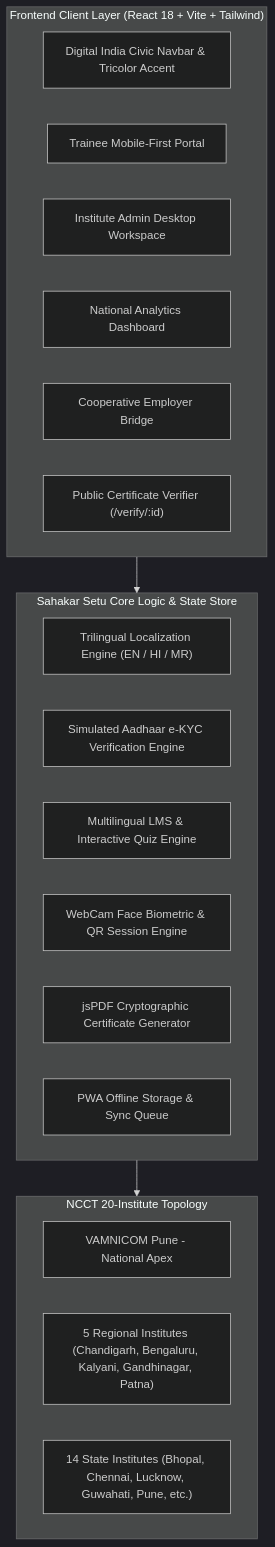
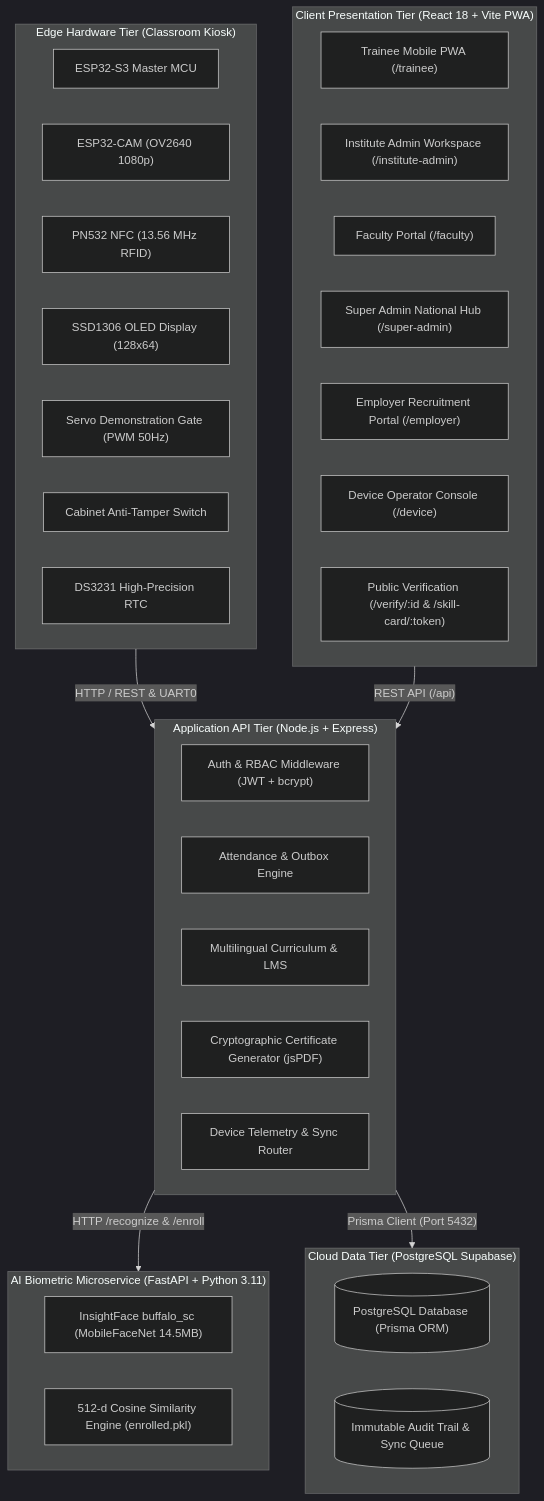
The diagram in README.md (Karthikeyancse-coder/sahakar-setu), drawn with Mermaid (dark theme) before and after one commit. The commit also changed other lines of this file, not shown here.

Commit message:
docs: update README.md with comprehensive 6-role architecture, hardware kiosk specs, AI microservice details, and local development instructions

````diff
--- a/README.md
+++ b/README.md
@@ -52,29 +63,45 @@
 ```mermaid
 flowchart TD
-    subgraph ClientLayer ["Frontend Client Layer (React 18 + Vite + Tailwind)"]
-        Nav["Digital India Civic Navbar & Tricolor Accent"]
-        TraineeUI["Trainee Mobile-First Portal"]
-        AdminUI["Institute Admin Desktop Workspace"]
-        SuperUI["National Analytics Dashboard"]
-        RecruiterUI["Cooperative Employer Bridge"]
-        PublicVerify["Public Certificate Verifier (/verify/:id)"]
+    subgraph EdgeLayer ["Edge Hardware Tier (Classroom Kiosk)"]
+        ESP32["ESP32-S3 Master MCU"]
+        CAM["ESP32-CAM (OV2640 1080p)"]
+        NFC["PN532 NFC (13.56 MHz RFID)"]
+        OLED["SSD1306 OLED Display (128x64)"]
+        SERVO["Servo Demonstration Gate (PWM 50Hz)"]
+        TAMPER["Cabinet Anti-Tamper Switch"]
+        RTC["DS3231 High-Precision RTC"]
     end
 
-    subgraph CoreEngine ["Sahakar Setu Core Logic & State Store"]
-        I18n["Trilingual Localization Engine (EN / HI / MR)"]
-        AuthKYC["Simulated Aadhaar e-KYC Verification Engine"]
-        LMS["Multilingual LMS & Interactive Quiz Engine"]
-        KioskEngine["WebCam Face Biometric & QR Session Engine"]
-        CertEngine["jsPDF Cryptographic Certificate Generator"]
-        OfflineEngine["PWA Offline Storage & Sync Queue"]
+    subgraph ClientLayer ["Client Presentation Tier (React 18 + Vite PWA)"]
+        TraineePortal["Trainee Mobile PWA (/trainee)"]
+        AdminPortal["Institute Admin Workspace (/institute-admin)"]
+        FacultyPortal["Faculty Portal (/faculty)"]
+        SuperPortal["Super Admin National Hub (/super-admin)"]
+        EmployerPortal["Employer Recruitment Portal (/employer)"]
+        DevicePortal["Device Operator Console (/device)"]
+        PublicVerify["Public Verification (/verify/:id & /skill-card/:token)"]
     end
 
-    subgraph FederatedNetwork ["NCCT 20-Institute Topology"]
-        VAMNICOM["VAMNICOM Pune - National Apex"]
-        RICMs["5 Regional Institutes (Chandigarh, Bengaluru, Kalyani, Gandhinagar, Patna)"]
-        ICMs["14 State Institutes (Bhopal, Chennai, Lucknow, Guwahati, Pune, etc.)"]
+    subgraph BackendLayer ["Application API Tier (Node.js + Express)"]
+        AuthSvc["Auth & RBAC Middleware (JWT + bcrypt)"]
+        AttendanceSvc["Attendance & Outbox Engine"]
+        CurriculumSvc["Multilingual Curriculum & LMS"]
+        CertSvc["Cryptographic Certificate Generator (jsPDF)"]
+        DeviceSvc["Device Telemetry & Sync Router"]
     end
 
-    ClientLayer --> CoreEngine
-    CoreEngine --> FederatedNetwork
+    subgraph AIService ["AI Biometric Microservice (FastAPI + Python 3.11)"]
+        ArcFace["InsightFace buffalo_sc (MobileFaceNet 14.5MB)"]
+        VectorDB["512-d Cosine Similarity Engine (enrolled.pkl)"]
+    end
+
+    subgraph DataTier ["Cloud Data Tier (PostgreSQL Supabase)"]
+        SupabaseDB[("PostgreSQL Database (Prisma ORM)")]
+        AuditLog[("Immutable Audit Trail & Sync Queue")]
+    end
+
+    EdgeLayer -- "HTTP / REST & UART0" --> BackendLayer
+    ClientLayer -- "REST API (/api)" --> BackendLayer
+    BackendLayer -- "HTTP /recognize & /enroll" --> AIService
+    BackendLayer -- "Prisma Client (Port 5432)" --> DataTier
 ```
````
